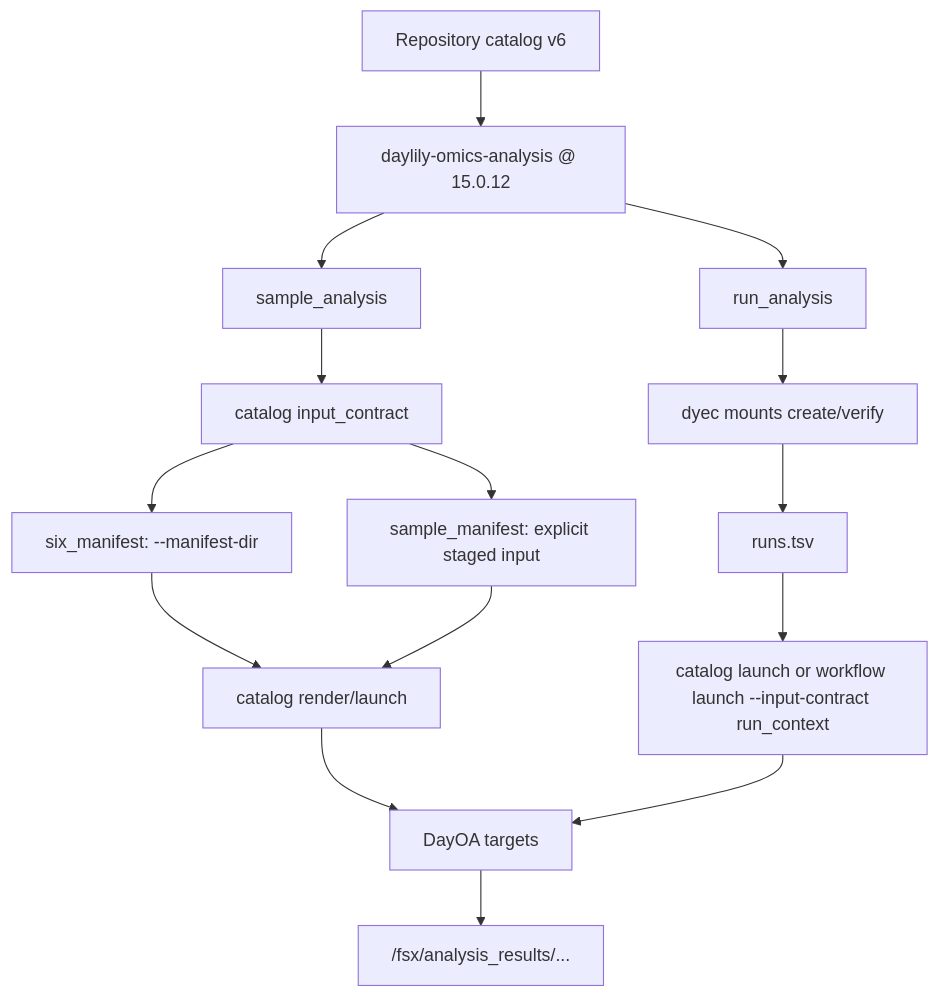
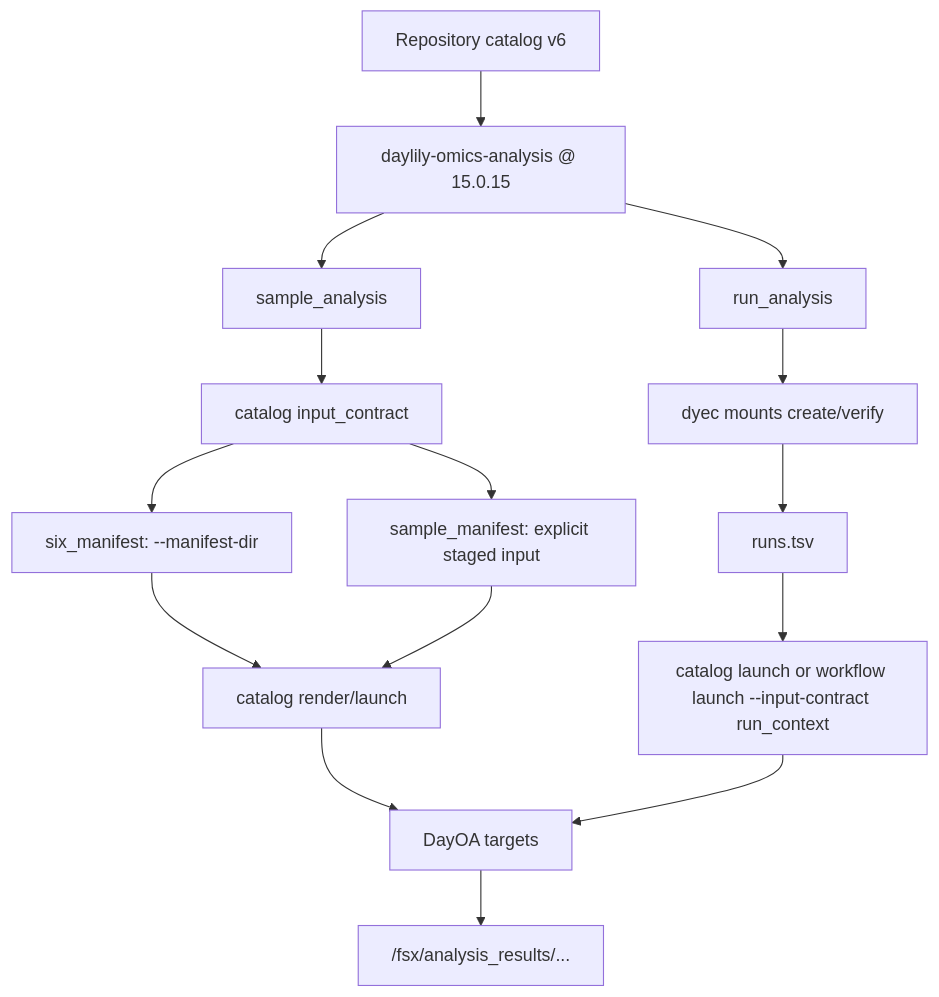
Before and after one commit to Daylily-Informatics/daylily-ephemeral-cluster: the third of 3 diagrams in docs/dra_fsx_strategy.md, drawn with Mermaid. The commit also changed other lines of this file and 24 other files, not shown here.

````diff
--- a/docs/dra_fsx_strategy.md
+++ b/docs/dra_fsx_strategy.md
@@ -110,20 +110,20 @@
 ```mermaid
 flowchart TB
-  Catalog["Repository catalog v6"] --> Repo["daylily-omics-analysis @ 15.0.12"]
+  Catalog["Repository catalog v6"] --> Repo["daylily-omics-analysis @ 15.0.15"]
   Repo --> Sample["sample_analysis"]
   Repo --> Run["run_analysis"]
 
   Sample --> Contract["catalog input_contract"]
   Contract --> Six["six_manifest: --manifest-dir"]
   Contract --> Legacy["sample_manifest: explicit staged input"]
   Six --> LaunchA["catalog render/launch"]
   Legacy --> LaunchA
 
   Run --> Mount["dyec mounts create/verify"]
   Mount --> Runs["runs.tsv"]
   Runs --> LaunchB["catalog launch or workflow launch --input-contract run_context"]
 
   LaunchA --> DayOA["DayOA targets"]
   LaunchB --> DayOA
   DayOA --> Results["/fsx/analysis_results/..."]
 ```
````
